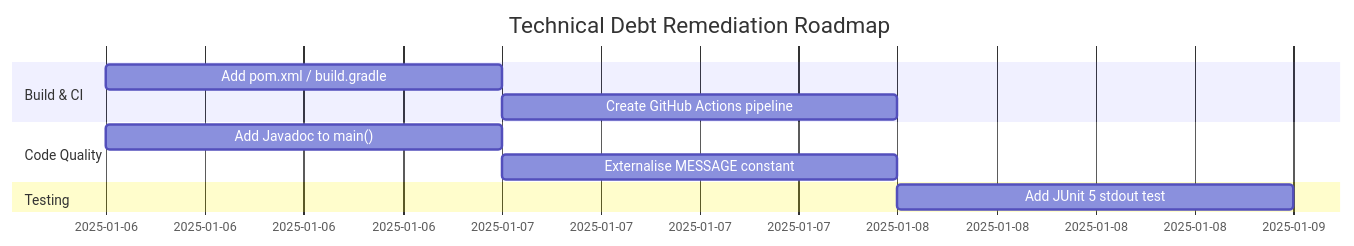
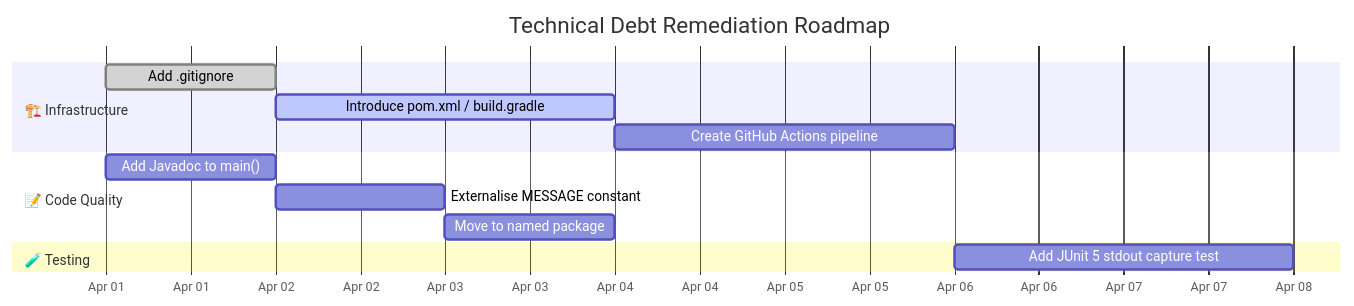
Before and after one commit to ktruchcz/copilot-test-ktruchcz: diagram 20 of 21 in arc42-documentation.md, drawn with Mermaid. The commit also changed other lines of this file, not shown here.

First line of the commit message:
Generate comprehensive arc42 architecture documentation

````diff
--- a/arc42-documentation.md
+++ b/arc42-documentation.md
@@ -642,13 +964,19 @@
 ```mermaid
 gantt
     title Technical Debt Remediation Roadmap
     dateFormat  YYYY-MM-DD
-    section Build & CI
-    Add pom.xml / build.gradle       :td02, 2025-01-06, 1d
-    Create GitHub Actions pipeline   :td03, after td02, 1d
-    section Code Quality
-    Add Javadoc to main()            :td04, 2025-01-06, 1d
-    Externalise MESSAGE constant     :td05, after td04, 1d
-    section Testing
-    Add JUnit 5 stdout test          :td01, after td03, 1d
+    axisFormat  %b %d
+
+    section 🏗️ Infrastructure
+    Add .gitignore                    :done,    td07, 2026-04-01, 1d
+    Introduce pom.xml / build.gradle  :active,  td02, 2026-04-02, 2d
+    Create GitHub Actions pipeline    :         td03, after td02, 2d
+
+    section 📝 Code Quality
+    Add Javadoc to main()             :         td04, 2026-04-01, 1d
+    Externalise MESSAGE constant      :         td05, after td04, 1d
+    Move to named package             :         td06, after td05, 1d
+
+    section 🧪 Testing
+    Add JUnit 5 stdout capture test   :         td01, after td03, 2d
 ```
````
